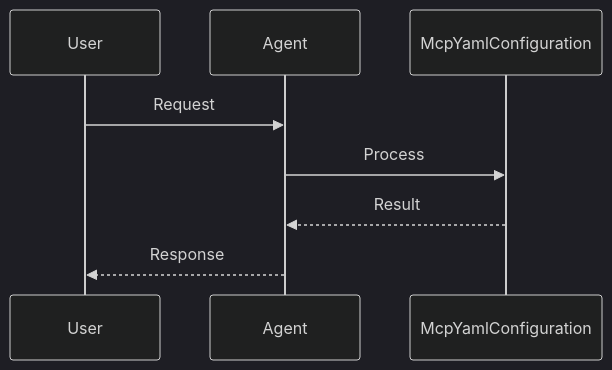
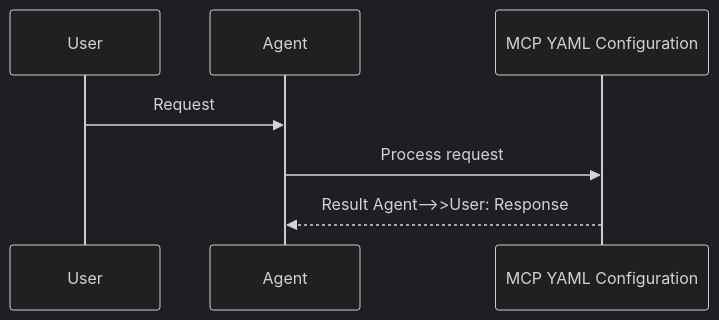
One commit to MervinPraison/PraisonAIDocs changed the second of 2 diagrams in docs/features/mcp-yaml-config.mdx. Above: the diagram before and after it, drawn with Mermaid (dark theme). The commit also changed 204 other files, not shown here.

First line of the commit message:
docs: align feature/tool pages with AGENTS.md hero + sequence + import standards (fixes #1775)

````diff
--- a/docs/features/mcp-yaml-config.mdx
+++ b/docs/features/mcp-yaml-config.mdx
@@ -38,11 +38,10 @@
 ```mermaid
 sequenceDiagram
     participant User
     participant Agent
-    participant McpYamlConfiguration
+    participant Feature as MCP YAML Configuration
 
     User->>Agent: Request
-    Agent->>McpYamlConfiguration: Process
-    McpYamlConfiguration-->>Agent: Result
-    Agent-->>User: Response
+    Agent->>Feature: Process request
+    Feature-->>Agent: Result    Agent-->>User: Response
 ```
````
